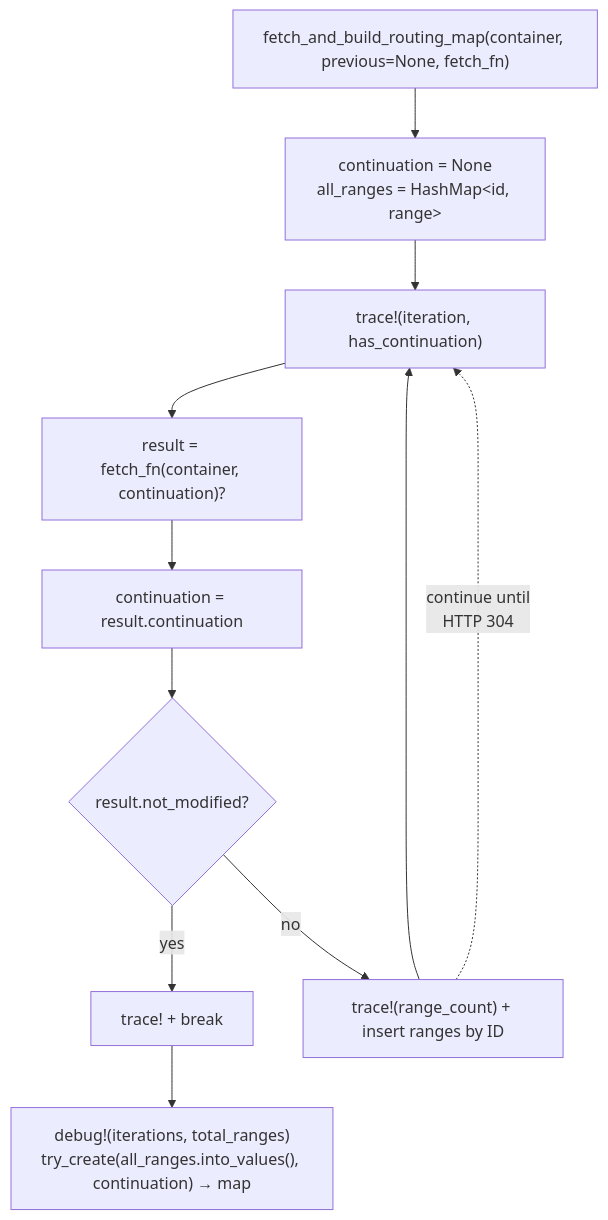
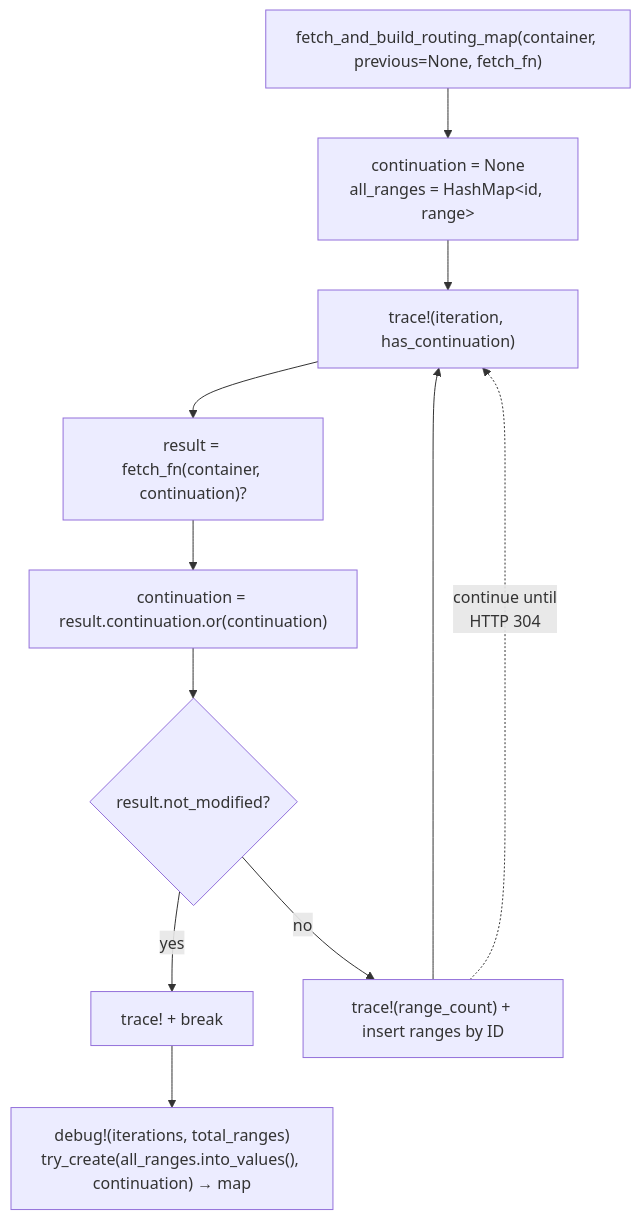
Before and after one commit to Azure/azure-sdk-for-rust: the sixth of 8 diagrams in sdk/cosmos/azure_data_cosmos_driver/docs/PARTITION_KEY_RANGE_CACHE_SPEC.md, drawn with Mermaid. The commit also changed 1 other file, not shown here.

Commit message:
Disable retries for injected 429
Surface the first injected throttling response in the status-code fault test instead of consuming the SDK's normal 18-retry budget.

Correct the partition-range flowchart to show preservation of the previous continuation when a response omits an ETag.

Copilot-Session: 9e87128b-58c5-48fc-8f81-65d8177f7986

````diff
--- a/sdk/cosmos/azure_data_cosmos_driver/docs/PARTITION_KEY_RANGE_CACHE_SPEC.md
+++ b/sdk/cosmos/azure_data_cosmos_driver/docs/PARTITION_KEY_RANGE_CACHE_SPEC.md
@@ -360,17 +360,17 @@
 ```mermaid
 flowchart TD
     Start["fetch_and_build_routing_map(container, previous=None, fetch_fn)"]
     Init["continuation = None<br/>all_ranges = HashMap&lt;id, range&gt;"]
     Trace1["trace!(iteration, has_continuation)"]
     Fetch["result = fetch_fn(container, continuation)?"]
-    Update["continuation = result.continuation"]
+    Update["continuation = result.continuation.or(continuation)"]
     NM{"result.not_modified?"}
     Break["trace! + break"]
     Extend["trace!(range_count) + insert ranges by ID"]
     Done["debug!(iterations, total_ranges)<br/>try_create(all_ranges.into_values(), continuation) → map"]
     Start --> Init --> Trace1
     Trace1 --> Fetch --> Update --> NM
     NM -- yes --> Break --> Done
     NM -- no --> Extend --> Trace1
     Extend -. "continue until<br/>HTTP 304" .-> Trace1
 ```
````
